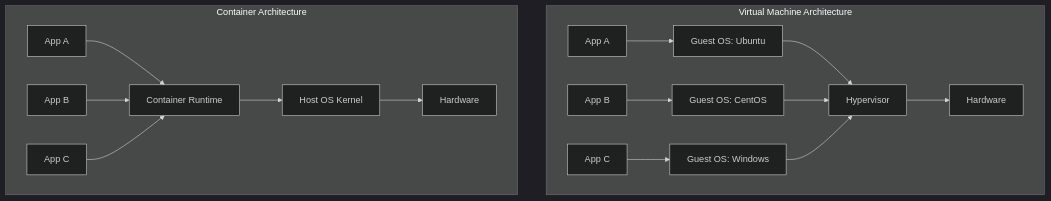
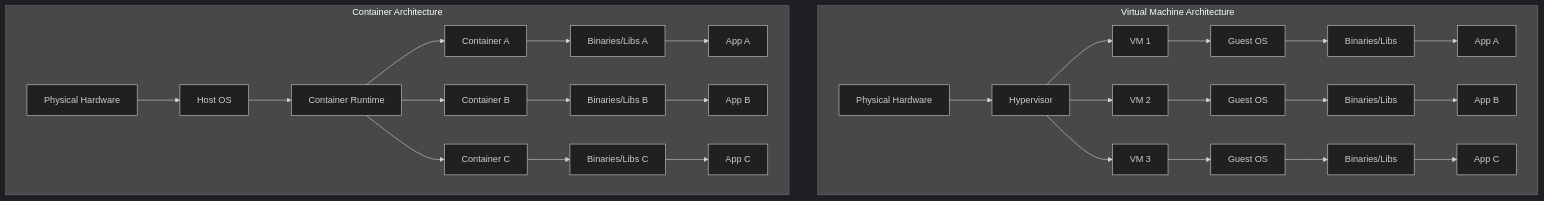
One commit to vanos001/placement_prep changed the first of 7 diagrams in src/cloud/virtualization/vm-vs-container.md. Above: the diagram before and after it, drawn with Mermaid (dark theme). The commit also changed other lines of this file and 22 other files, not shown here.

````diff
--- a/src/cloud/virtualization/vm-vs-container.md
+++ b/src/cloud/virtualization/vm-vs-container.md
@@ -9,20 +9,51 @@
 ```mermaid
-graph TD
-    subgraph VM_Arch[Virtual Machine Architecture]
-        APP1_VM[App A] --> OS1[Guest OS: Ubuntu]
-        APP2_VM[App B] --> OS2[Guest OS: CentOS]
-        APP3_VM[App C] --> OS3[Guest OS: Windows]
-        OS1 --> HV[Hypervisor]
-        OS2 --> HV
-        OS3 --> HV
-        HV --> HW_VM[Hardware]
+graph TB
+    subgraph "Virtual Machine Architecture"
+        HW1[Physical Hardware]
+        HV1[Hypervisor]
+        VM1A[VM 1]
+        VM1B[VM 2]
+        VM1C[VM 3]
+
+        VM1A --> GA1[Guest OS]
+        GA1 --> BA1[Binaries/Libs]
+        BA1 --> AA1[App A]
+
+        VM1B --> GB1[Guest OS]
+        GB1 --> BB1[Binaries/Libs]
+        BB1 --> AB1[App B]
+
+        VM1C --> GC1[Guest OS]
+        GC1 --> BC1[Binaries/Libs]
+        BC1 --> AC1[App C]
+
+        HW1 --> HV1
+        HV1 --> VM1A
+        HV1 --> VM1B
+        HV1 --> VM1C
     end
 
-    subgraph Container_Arch[Container Architecture]
-        APP1_C[App A] --> RT[Container Runtime]
-        APP2_C[App B] --> RT
-        APP3_C[App C] --> RT
-        RT --> HOST_OS[Host OS Kernel]
-        HOST_OS --> HW_C[Hardware]
+    subgraph "Container Architecture"
+        HW2[Physical Hardware]
+        HOST2[Host OS]
+        CRT[Container Runtime]
+        CA[Container A]
+        CB[Container B]
+        CC[Container C]
+
+        CA --> BA2[Binaries/Libs A]
+        BA2 --> AA2[App A]
+
+        CB --> BB2[Binaries/Libs B]
+        BB2 --> AB2[App B]
+
+        CC --> BC2[Binaries/Libs C]
+        BC2 --> AC2[App C]
+
+        HW2 --> HOST2
+        HOST2 --> CRT
+        CRT --> CA
+        CRT --> CB
+        CRT --> CC
     end
 ```
````
